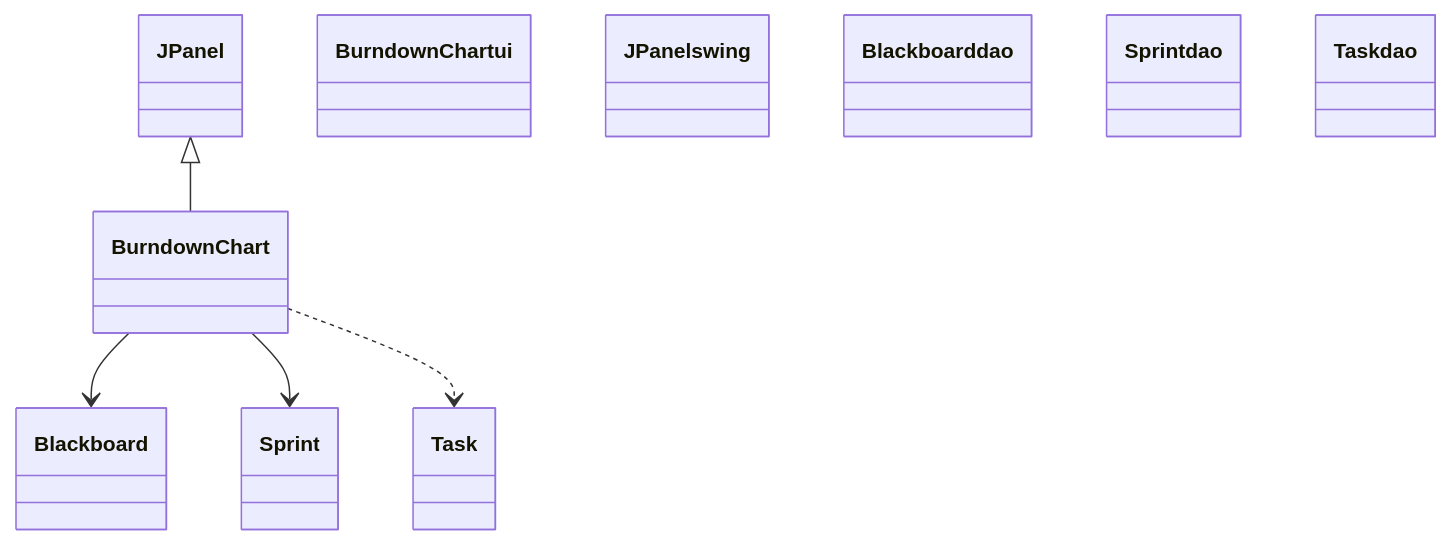
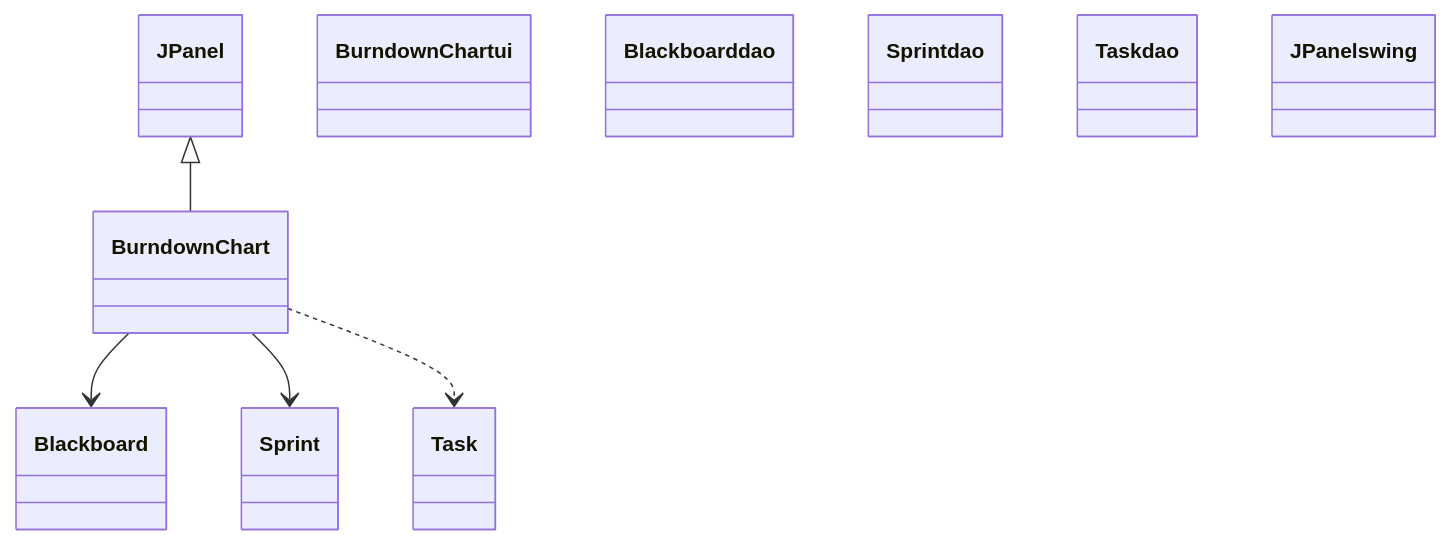
Before and after one commit to CSC307-W26/taigastudio-refactoring-super-awesome-team-name: the diagram in README.md, drawn with Mermaid.

Commit message:
Update style definitions in README.md

````diff
--- a/README.md
+++ b/README.md
@@ -7,32 +7,32 @@
 ```mermaid
 %%{init: {'themeVariables': {
   'fontSize': '14px',
   'nodeSpacing': 80,
   'rankSpacing': 80
 }}}%%
 classDiagram
 direction TB
 
 class BurndownChart
 class JPanel
 class Blackboard
 class Sprint
 class Task
 
 %% ---- Style definitions ----
-classDef ui fill:#E3F2FD,stroke:#1E88E5,stroke-width:2px
-classDef dao fill:#E8F5E9,stroke:#2E7D32,stroke-width:2px
-classDef swing fill:#FFF3E0,stroke:#EF6C00,stroke-width:2px
+classDef ui fill:#D6EAF8,color:#0B3C5D,stroke:#1B4F72,stroke-width:2px
+classDef dao fill:#D5F5E3,color:#145A32,stroke:#1E8449,stroke-width:2px
+classDef swing fill:#FDEBD0,color:#7E5109,stroke:#CA6F1E,stroke-width:2px
 
 %% ---- Apply styles ----
 class BurndownChart ui
-class JPanel swing
 class Blackboard dao
 class Sprint dao
 class Task dao
+class JPanel swing
 
 JPanel <|-- BurndownChart
 BurndownChart --> Blackboard
 BurndownChart --> Sprint
 BurndownChart ..> Task
 ```
````
